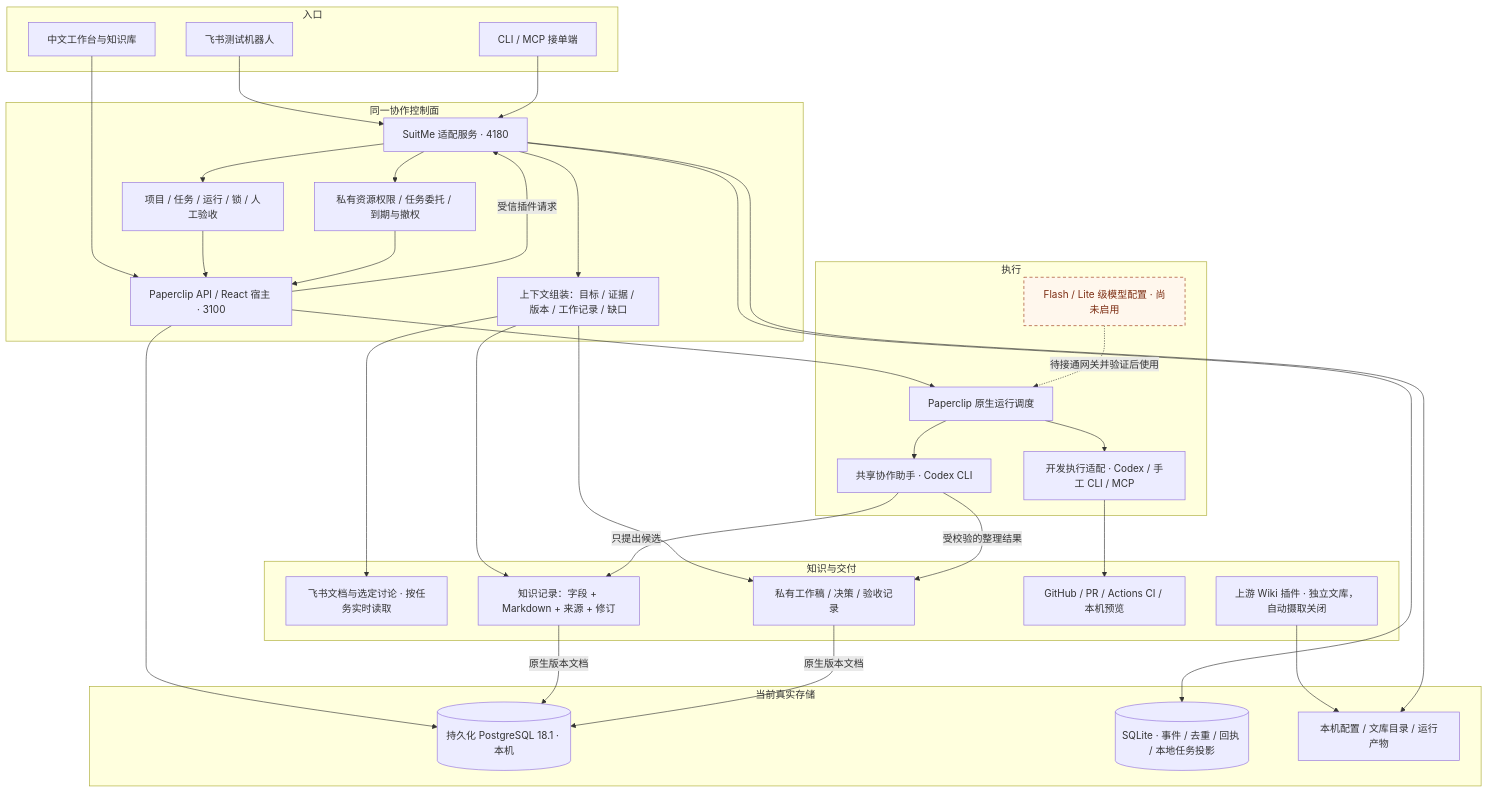
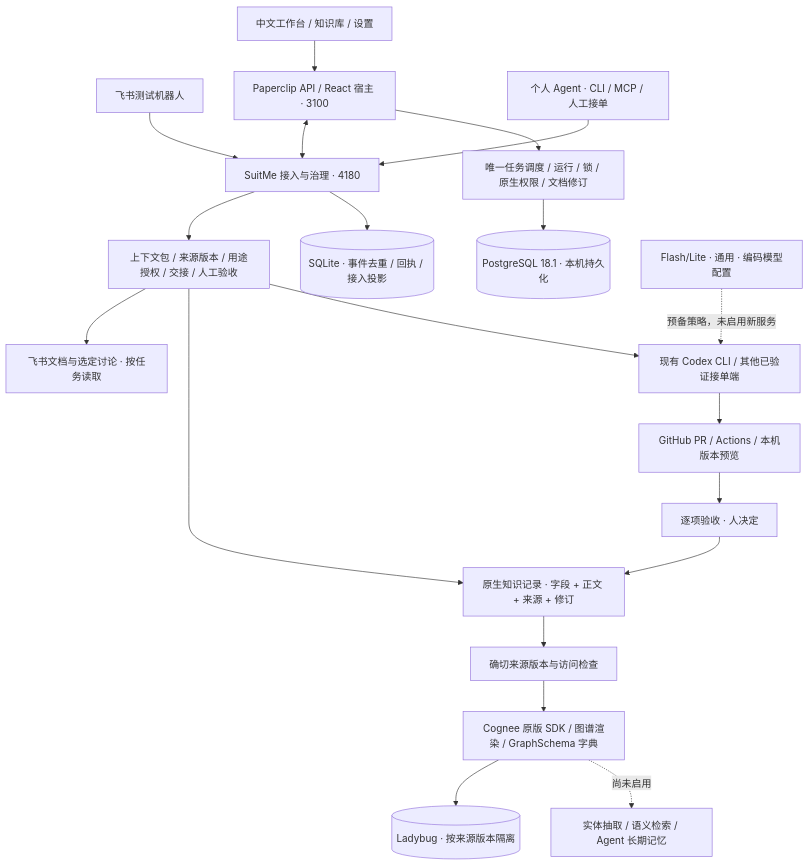
One commit to zhegong-996/Contractor changed the diagram in docs/SYSTEM-ARCHITECTURE.md. Above: the diagram before and after it, drawn with Mermaid. The commit also changed other lines of this file and 26 other files, not shown here.

Commit message:
feat: integrate pinned Cognee graph and knowledge dictionary

````diff
--- a/docs/SYSTEM-ARCHITECTURE.md
+++ b/docs/SYSTEM-ARCHITECTURE.md
@@ -7,60 +7,22 @@
 ```mermaid
 flowchart TB
-  subgraph Entry[入口]
-    IM[飞书测试机器人]
-    UI[中文工作台与知识库]
-    MCP[CLI / MCP 接单端]
-  end
-  subgraph Control[同一协作控制面]
-    Bridge[SuitMe 适配服务 · 4180]
-    PC[Paperclip API / React 宿主 · 3100]
-    Tasks[项目 / 任务 / 运行 / 锁 / 人工验收]
-    ACL[私有资源权限 / 任务委托 / 到期与撤权]
-    Context[上下文组装：目标 / 证据 / 版本 / 工作记录 / 缺口]
-  end
-  subgraph Execution[执行]
-    Native[Paperclip 原生运行调度]
-    Assistant[共享协作助手 · Codex CLI]
-    Dev[开发执行适配 · Codex / 手工 CLI / MCP]
-    Fast[Flash / Lite 级模型配置 · 尚未启用]
-  end
-  subgraph Knowledge[知识与交付]
-    Source[飞书文档与选定讨论 · 按任务实时读取]
-    Content[知识记录：字段 + Markdown + 来源 + 修订]
-    Work[私有工作稿 / 决策 / 验收记录]
-    GH[GitHub / PR / Actions CI / 本机预览]
-    Wiki[上游 Wiki 插件 · 独立文库，自动摄取关闭]
-  end
-  subgraph Storage[当前真实存储]
-    PG[(持久化 PostgreSQL 18.1 · 本机)]
-    SQ[(SQLite · 事件 / 去重 / 回执 / 本地任务投影)]
-    Files[本机配置 / 文库目录 / 运行产物]
-  end
-  IM --> Bridge
-  MCP --> Bridge
-  UI --> PC
-  PC -->|受信插件请求| Bridge
-  Bridge --> Tasks
-  Bridge --> ACL
-  Bridge --> Context
-  Tasks --> PC
-  ACL --> PC
-  Context --> Source
-  Context --> Content
-  Context --> Work
-  PC --> Native
-  Native --> Assistant
-  Native --> Dev
-  Assistant -->|受校验的整理结果| Work
-  Assistant -->|只提出候选| Content
-  Dev --> GH
-  Bridge --> SQ
-  PC --> PG
-  Content -->|原生版本文档| PG
-  Work -->|原生版本文档| PG
-  Wiki --> Files
-  Bridge --> Files
-  Fast -.待接通网关并验证后使用.-> Native
-  classDef pending fill:#fff7ed,stroke:#9a3412,stroke-dasharray:5 4,color:#7c2d12
-  class Fast pending
+  IM[飞书测试机器人] --> Bridge
+  UI[中文工作台 / 知识库 / 设置] --> PC
+  MCP[个人 Agent · CLI / MCP / 人工接单] --> Bridge
+  PC[Paperclip API / React 宿主 · 3100] <--> Bridge[SuitMe 接入与治理 · 4180]
+  PC --> Tasks[唯一任务调度 / 运行 / 锁 / 原生权限 / 文档修订]
+  Tasks --> PG[(PostgreSQL 18.1 · 本机持久化)]
+  Bridge --> Context[上下文包 / 来源版本 / 用途授权 / 交接 / 人工验收]
+  Bridge --> SQLite[(SQLite · 事件去重 / 回执 / 接入投影)]
+  Context --> Feishu[飞书文档与选定讨论 · 按任务读取]
+  Context --> Source[原生知识记录 · 字段 + 正文 + 来源 + 修订]
+  Context --> Exec[现有 Codex CLI / 其他已验证接单端]
+  Exec --> GH[GitHub PR / Actions / 本机版本预览]
+  GH --> Accept[逐项验收 · 人决定]
+  Accept --> Source
+  Source --> Gate[确切来源版本与访问检查]
+  Gate --> Cognee[Cognee 原版 SDK / 图谱渲染 / GraphSchema 字典]
+  Cognee --> Ladybug[(Ladybug · 按来源版本隔离)]
+  Model[Flash/Lite · 通用 · 编码模型配置] -.预备策略，未启用新服务.-> Exec
+  Cognee -.尚未启用.-> Memory[实体抽取 / 语义检索 / Agent 长期记忆]
 ```
````
